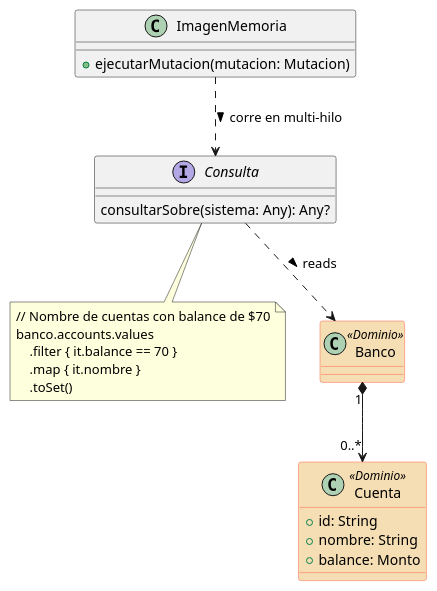
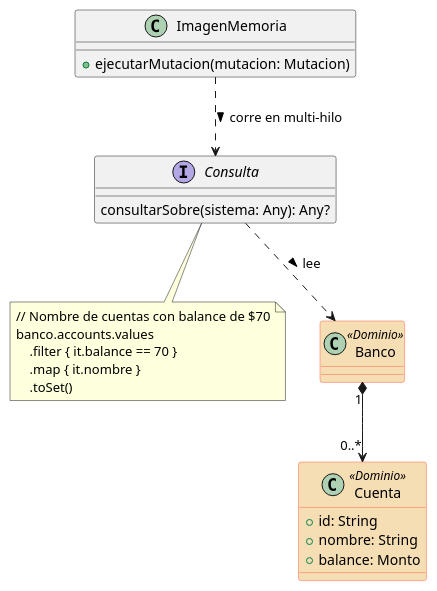
One commit to xrrocha/jvm-funcional changed the diagram in kotlin-memimg/docs/kmemimg-5.puml. Above: the diagram before and after it, drawn with PlantUML. The commit also changed 19 other files, not shown here.

```diff
--- a/kotlin-memimg/docs/kmemimg-5.puml
+++ b/kotlin-memimg/docs/kmemimg-5.puml
@@ -1,34 +1,34 @@
 @startuml
 skinparam class {
     BackgroundColor<<Dominio>> Wheat
     BorderColor<<Dominio>> Tomato
 }
 
 class ImagenMemoria {
     + ejecutarMutacion(mutacion: Mutacion)
 }
 
 interface Consulta {
     consultarSobre(sistema: Any): Any?
 }
 ImagenMemoria ..> Consulta: corre en multi-hilo >
 note bottom of Consulta
     // Nombre de cuentas con balance de $70
     banco.accounts.values
         .filter { it.balance == 70 }
         .map { it.nombre }
         .toSet()
 end note
 
 class Banco <<Dominio>> {
 }
-Consulta ..> Banco: reads >
+Consulta ..> Banco: lee >
 
 class Cuenta <<Dominio>> {
     + id: String
     + nombre: String
     + balance: Monto
 }
 Banco "1" *--> "0..*" Cuenta
 
 @enduml
```
